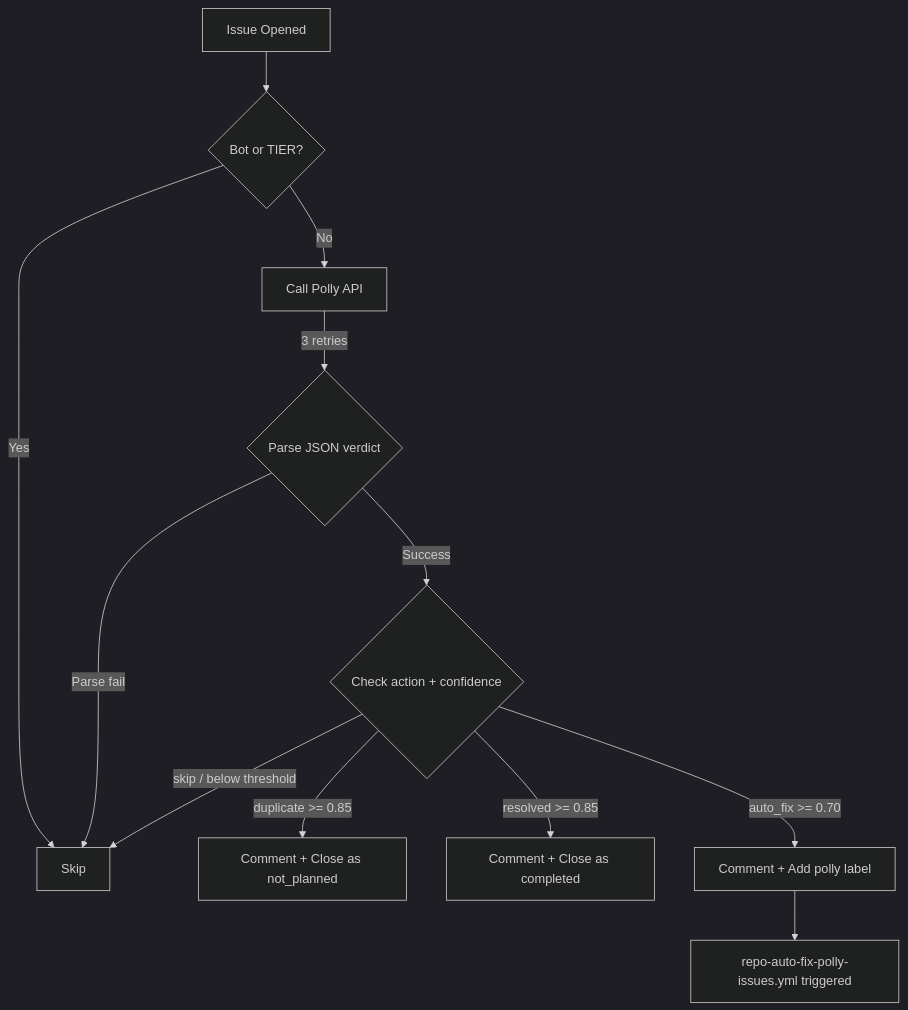
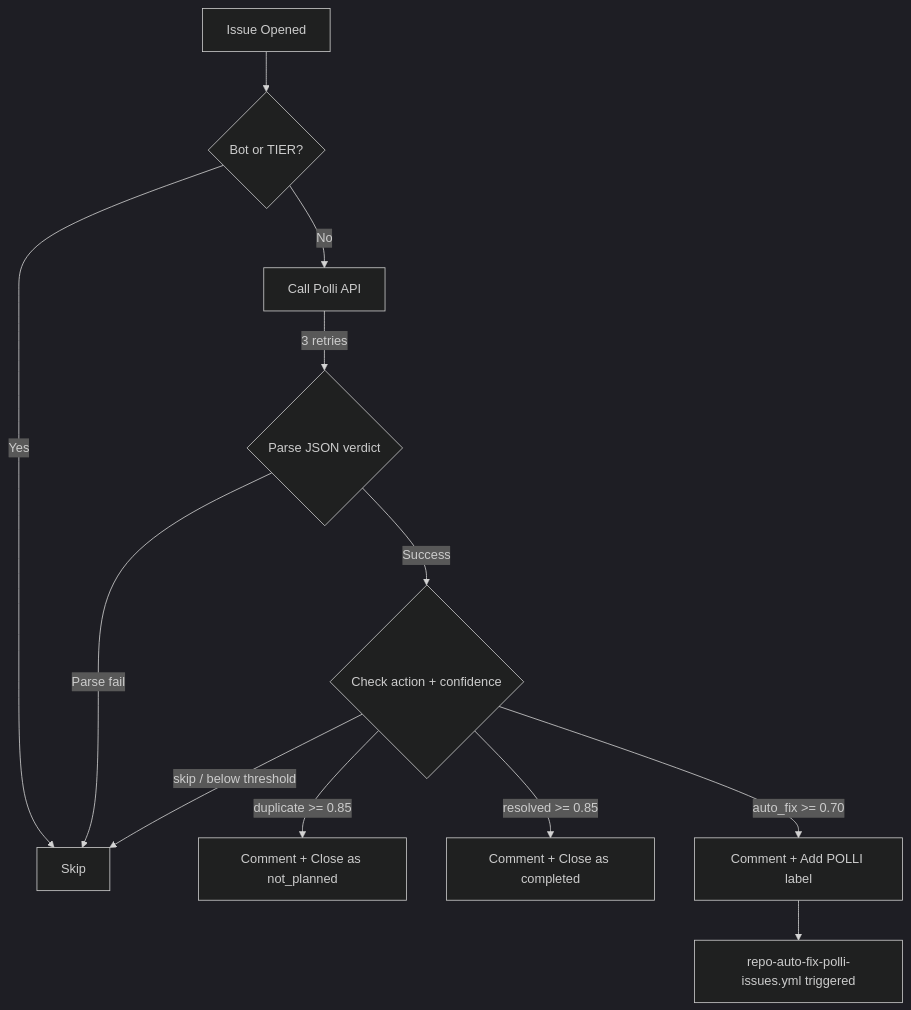
The first of 4 diagrams in .github/docs/TRIAGE.md (pollinations/pollinations), drawn with Mermaid before and after one commit. The commit also changed other lines of this file and 110 other files, not shown here.

First line of the commit message:
refactor: rename Polly to Polli (#12612)

````diff
--- a/.github/docs/TRIAGE.md
+++ b/.github/docs/TRIAGE.md
@@ -17,15 +17,15 @@
 ```mermaid
 %%{init: {'theme': 'dark'}}%%
 flowchart TD
     A[Issue Opened] --> B{Bot or TIER?}
     B -->|Yes| C[Skip]
-    B -->|No| D[Call Polly API]
+    B -->|No| D[Call Polli API]
     D -->|3 retries| E{Parse JSON verdict}
     E -->|Parse fail| C
     E -->|Success| F{Check action + confidence}
     F -->|duplicate >= 0.85| G[Comment + Close as not_planned]
     F -->|resolved >= 0.85| H[Comment + Close as completed]
-    F -->|auto_fix >= 0.70| I[Comment + Add polly label]
+    F -->|auto_fix >= 0.70| I[Comment + Add POLLI label]
     F -->|skip / below threshold| C
-    I --> J[repo-auto-fix-polly-issues.yml triggered]
+    I --> J[repo-auto-fix-polli-issues.yml triggered]
 ```
````
